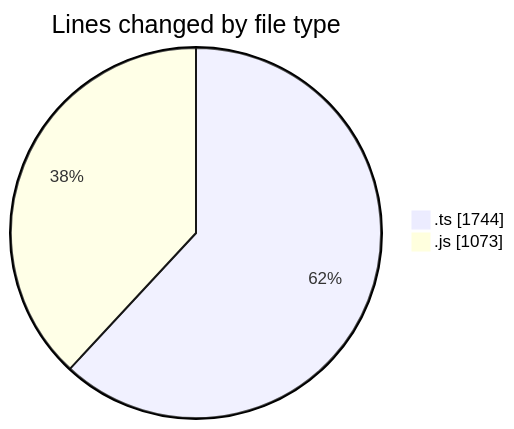
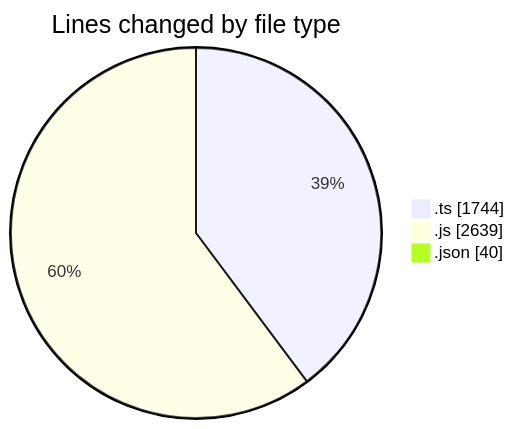
Before and after one commit to tmsrecording-cyber/code-tracking: the first of 2 diagrams in 2026-04-15/ai_news_simple/README.md, drawn with Mermaid. The commit also changed other lines of this file and 1 other file, not shown here.

````diff
--- a/2026-04-15/ai_news_simple/README.md
+++ b/2026-04-15/ai_news_simple/README.md
@@ -25,6 +31,7 @@
 ```mermaid
 pie showData
 title Lines changed by file type
 ".ts" : 1744
-".js" : 1073
+".js" : 2639
+".json" : 40
 ```
````
